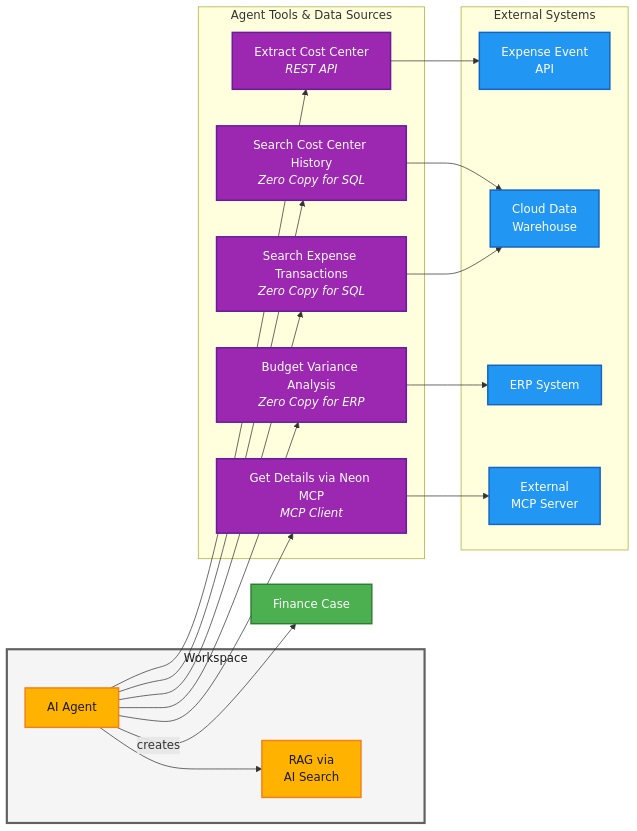
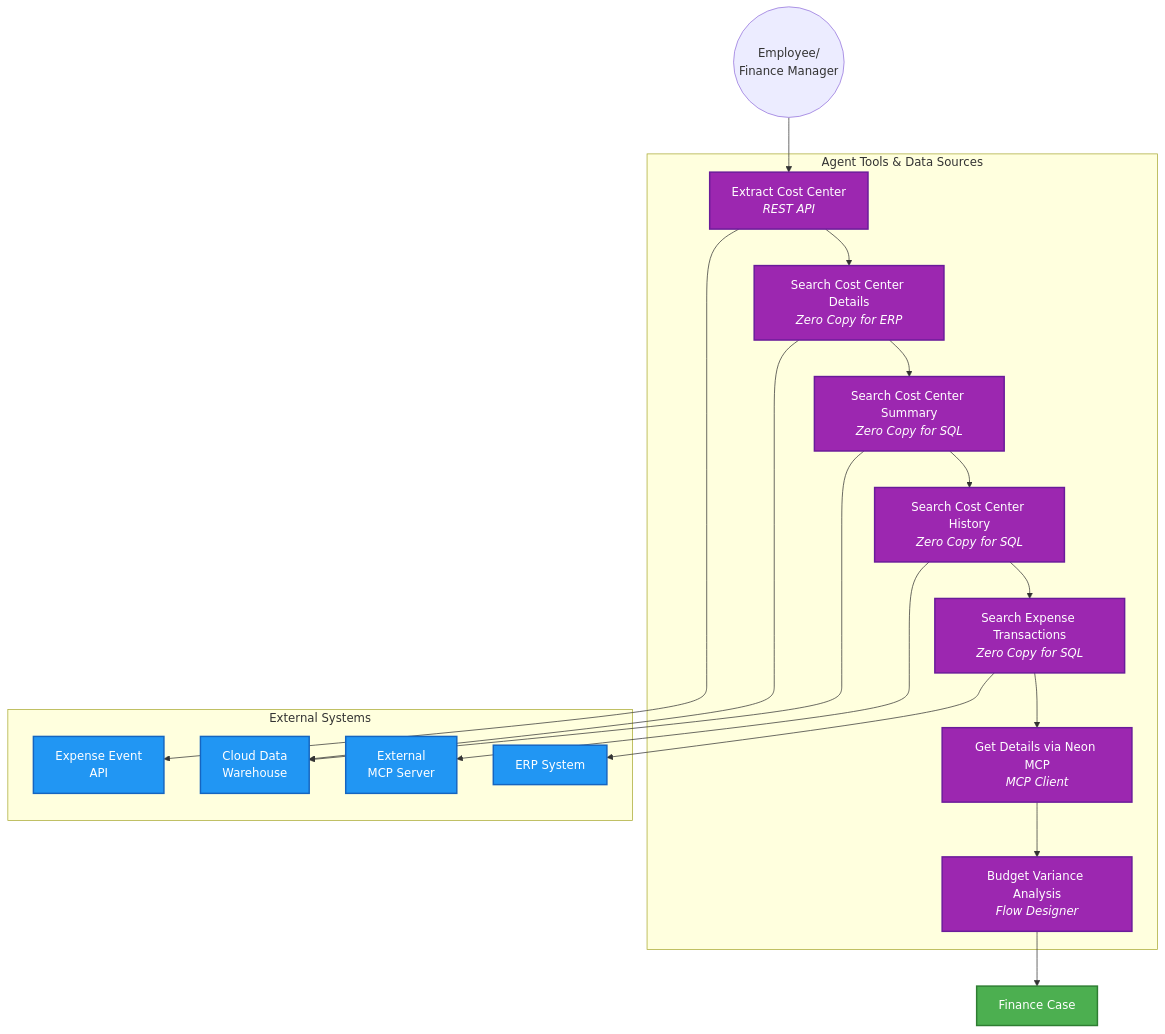
Before and after one commit to leojacinto/WorkflowDataFabric-TypeB: the diagram in README.md, drawn with Mermaid.

Commit message:
GITBOOK-44: No subject

````diff
--- a/README.md
+++ b/README.md
@@ -34,44 +34,44 @@
 ```mermaid
-graph LR
-    subgraph WS["Workspace"]
-        Agent["AI Agent"]
-        RAG["RAG via<br/>AI Search"]
-    end
+graph TB
 
+    Employee((Employee/<br/>Finance Manager))
+  
     subgraph TOOLS["Agent Tools & Data Sources"]
         T1["Extract Cost Center<br/><i>REST API</i>"]
-        T2["Search Cost Center History<br/><i>Zero Copy for SQL</i>"]
-        T3["Search Expense Transactions<br/><i>Zero Copy for SQL</i>"]
-        T4["Get Details via Neon MCP<br/><i>MCP Client</i>"]
-        T5["Budget Variance Analysis<br/><i>Zero Copy for ERP</i>"]
+        T2["Search Cost Center Details<br/><i>Zero Copy for ERP</i>"]
+        T3["Search Cost Center Summary<br/><i>Zero Copy for SQL</i>"]        
+        T4["Search Cost Center History<br/><i>Zero Copy for SQL</i>"]
+        T5["Search Expense Transactions<br/><i>Zero Copy for SQL</i>"]
+        T6["Get Details via Neon MCP<br/><i>MCP Client</i>"]
+        T7["Budget Variance Analysis<br/><i>Flow Designer</i>"]
     end
 
     subgraph EXT["External Systems"]
         API["Expense Event<br/>API"]
         CDW["Cloud Data<br/>Warehouse"]
         ERP["ERP System"]
         MCP_EXT["External<br/>MCP Server"]
     end
 
-    Agent --> RAG
-    Agent --> T1 & T2 & T3 & T4 & T5
+   
+    Employee --> T1 --> T2 --> T3 --> T4 --> T5 --> T6 --> T7 --> FC["Finance Case"]
     T1 --> API
     T2 --> CDW
     T3 --> CDW
     T4 --> MCP_EXT
     T5 --> ERP
-    Agent -->|creates| FC["Finance Case"]
+   
 
     %% Styling
     classDef external fill:#2196F3,stroke:#1565C0,stroke-width:2px,color:#fff
     classDef user fill:#F5F5F5,stroke:#616161,stroke-width:3px,color:#1a1a1a
     classDef nowassist fill:#FFB300,stroke:#F57F17,stroke-width:2px,color:#1a1a1a
     classDef platform fill:#4CAF50,stroke:#2E7D32,stroke-width:2px,color:#fff
     classDef wdf fill:#9C27B0,stroke:#6A1B9A,stroke-width:2px,color:#fff
 
     class API,CDW,ERP,MCP_EXT external
     class Agent,RAG nowassist
-    class T1,T2,T3,T4,T5 wdf
+    class T1,T2,T3,T4,T5,T6,T7 wdf
     class FC platform
     class WS user
 ```
````
